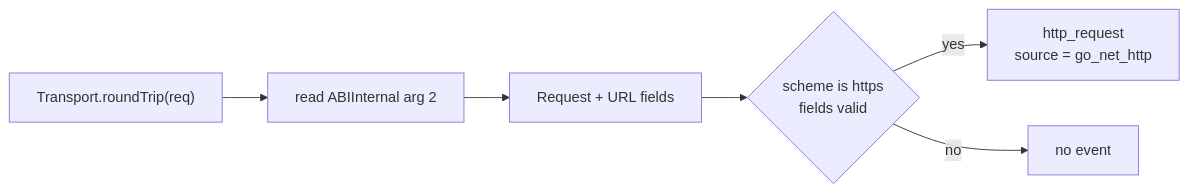
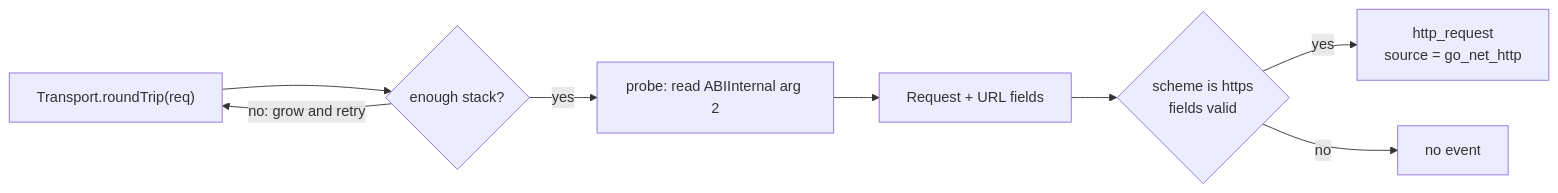
One commit to cicd-sensor/cicd-sensor changed the second of 2 diagrams in docs/developer-guide/ebpf/go-http-uprobes.md. Above: the diagram before and after it, drawn with Mermaid. The commit also changed other lines of this file and 71 other files, not shown here.

````diff
--- a/docs/developer-guide/ebpf/go-http-uprobes.md
+++ b/docs/developer-guide/ebpf/go-http-uprobes.md
@@ -66,8 +80,10 @@
 ```mermaid
 flowchart LR
-    CALL["Transport.roundTrip(req)"] --> ABI["read ABIInternal arg 2"]
+    CALL["Transport.roundTrip(req)"] --> STACK{"enough stack?"}
+    STACK -->|"no: grow and retry"| CALL
+    STACK -->|"yes"| ABI["probe: read ABIInternal arg 2"]
     ABI --> REQUEST["Request + URL fields"]
     REQUEST --> GATE{"scheme is https<br/>fields valid"}
     GATE -->|"yes"| SAMPLE["http_request<br/>source = go_net_http"]
     GATE -->|"no"| DROP["no event"]
 ```
````
